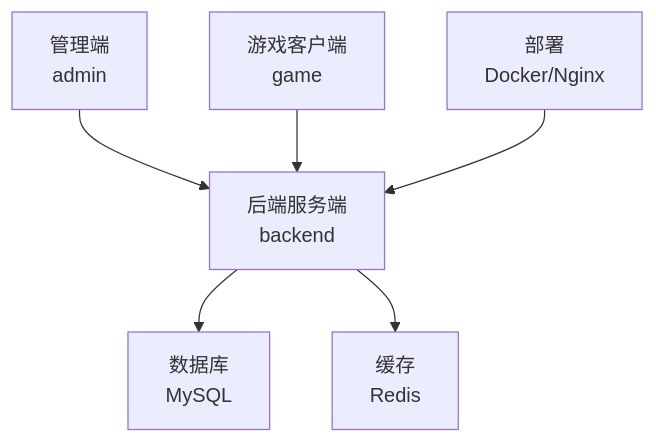
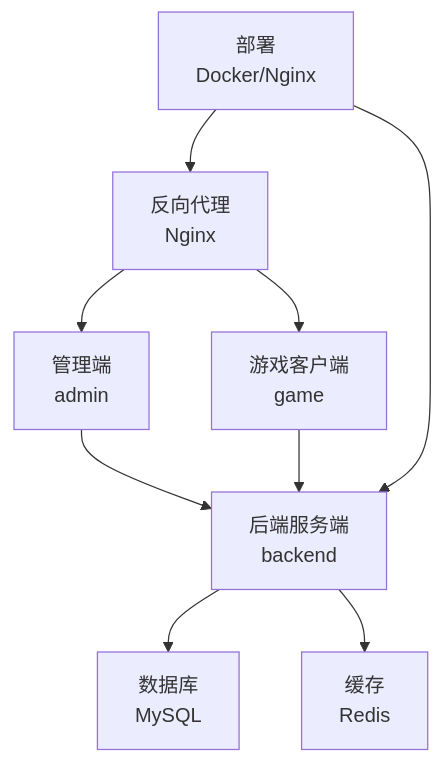
Before and after one commit to Yuan-wxy/catch-goose-crush: the third of 8 diagrams in .qoder/repowiki/zh/content/项目概述.md, drawn with Mermaid. The commit also changed other lines of this file and 9999 other files, not shown here.

````diff
--- a/.qoder/repowiki/zh/content/项目概述.md
+++ b/.qoder/repowiki/zh/content/项目概述.md
@@ -133,8 +195,11 @@
 ```mermaid
 graph TB
 Admin["管理端<br/>admin"] --> Backend["后端服务端<br/>backend"]
 Game["游戏客户端<br/>game"] --> Backend
 Backend --> MySQL["数据库<br/>MySQL"]
 Backend --> Redis["缓存<br/>Redis"]
 Deploy["部署<br/>Docker/Nginx"] --> Backend
+Deploy --> Nginx["反向代理<br/>Nginx"]
+Nginx --> Admin
+Nginx --> Game
 ```
````
